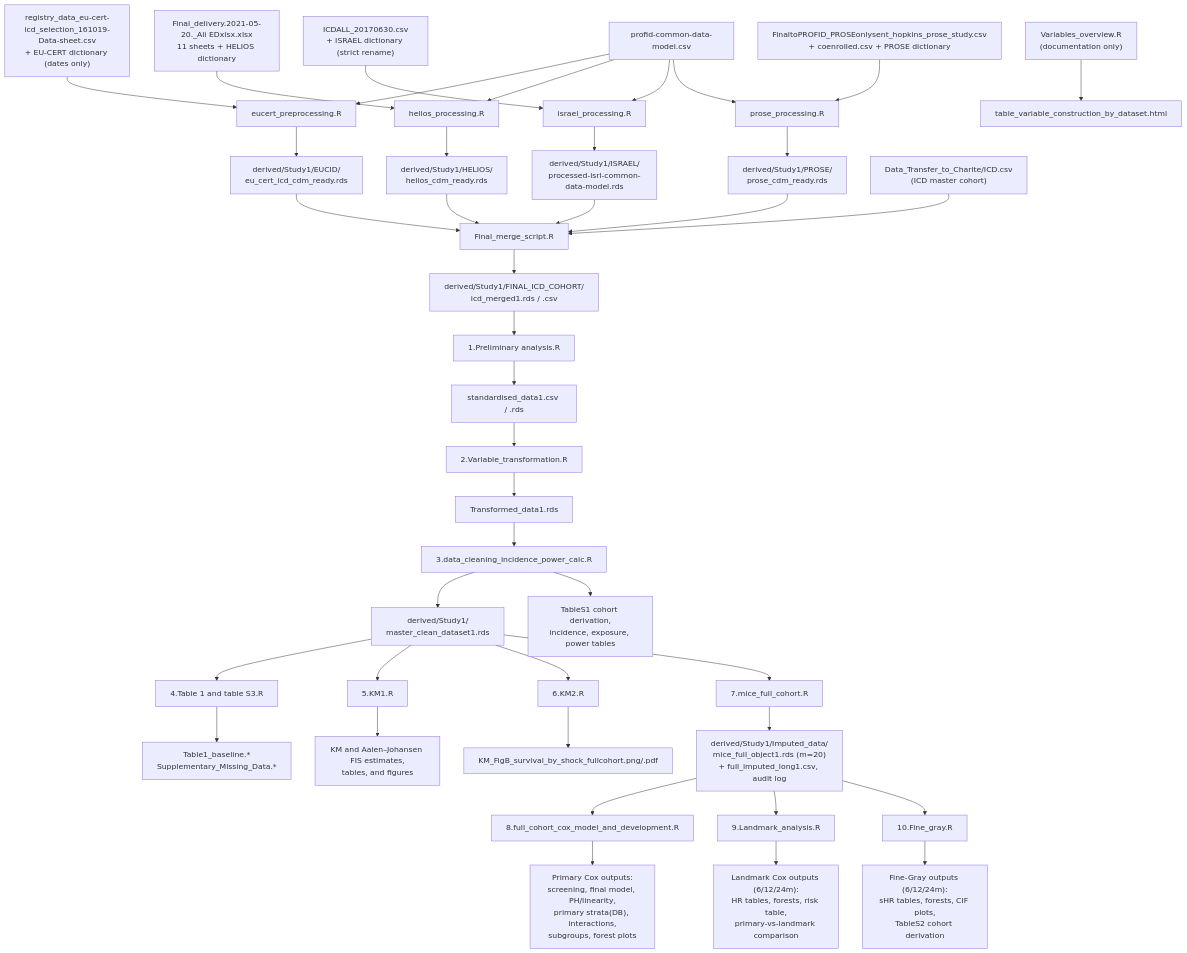
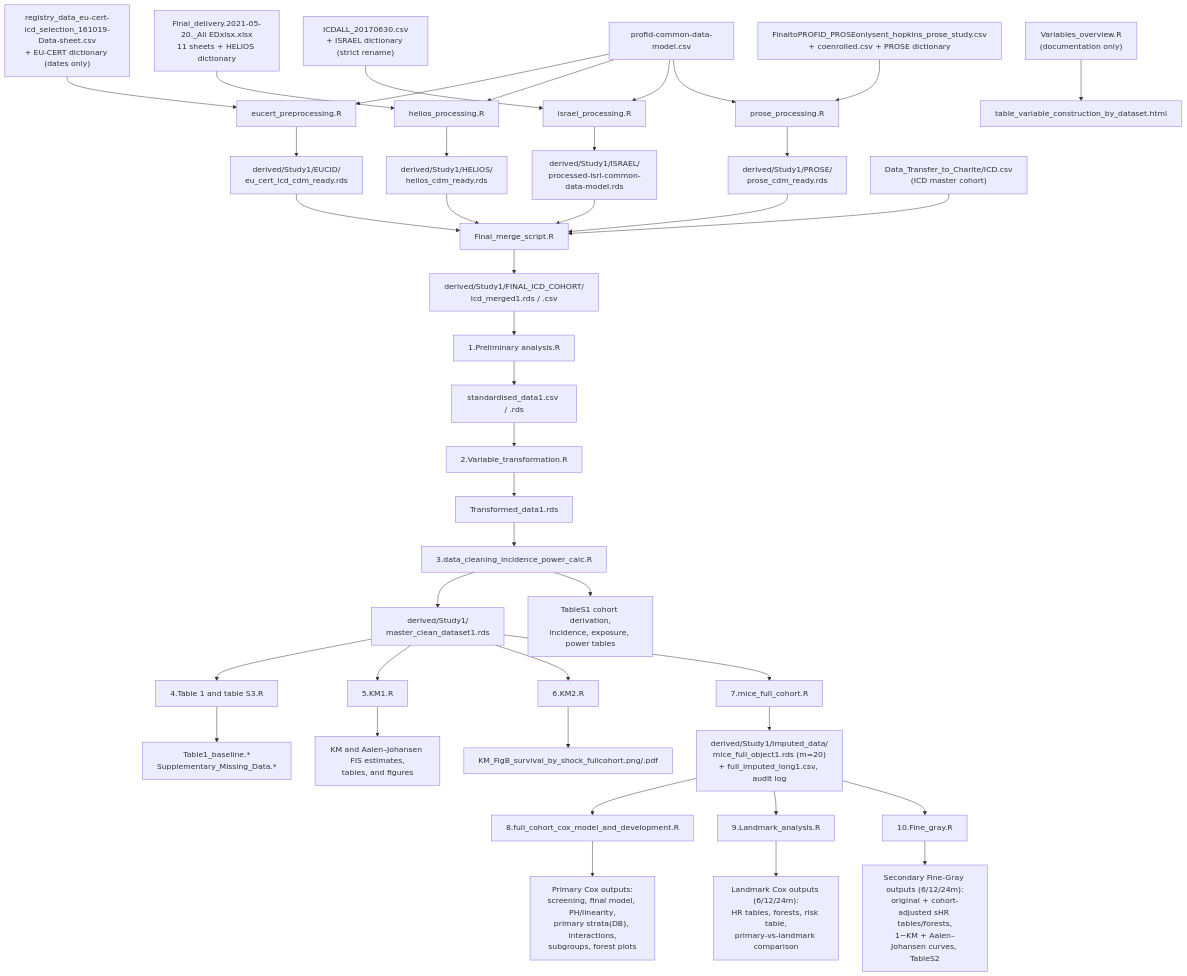
The diagram in Study1/Dataflow.md (ThomasKaas/PROFID_Substudies), drawn with Mermaid before and after one commit. The commit also changed other lines of this file and 4 other files, not shown here.

````diff
--- a/Study1/Dataflow.md
+++ b/Study1/Dataflow.md
@@ -23,52 +23,52 @@
 ```mermaid
 flowchart TD
     A1["registry_data_eu-cert-icd_selection_161019-Data-sheet.csv<br/>+ EU-CERT dictionary (dates only)"] --> S01["eucert_preprocessing.R"]
     A2["Final_delivery.2021-05-20._Ali EDxlsx.xlsx<br/>11 sheets + HELIOS dictionary"] --> S02["helios_processing.R"]
     A3["ICDALL_20170630.csv<br/>+ ISRAEL dictionary (strict rename)"] --> S03["israel_processing.R"]
     A4["FinaltoPROFID_PROSEonlysent_hopkins_prose_study.csv<br/>+ coenrolled.csv + PROSE dictionary"] --> S04["prose_processing.R"]
     CDM["profid-common-data-model.csv"] --> S01
     CDM --> S02
     CDM --> S03
     CDM --> S04
 
     S01 --> O1["derived/Study1/EUCID/<br/>eu_cert_icd_cdm_ready.rds"]
     S02 --> O2["derived/Study1/HELIOS/<br/>helios_cdm_ready.rds"]
     S03 --> O3["derived/Study1/ISRAEL/<br/>processed-isrl-common-data-model.rds"]
     S04 --> O4["derived/Study1/PROSE/<br/>prose_cdm_ready.rds"]
 
     O1 --> S06["Final_merge_script.R"]
     O2 --> S06
     O3 --> S06
     O4 --> S06
     B1["Data_Transfer_to_Charite/ICD.csv<br/>(ICD master cohort)"] --> S06
 
     S06 --> O6["derived/Study1/FINAL_ICD_COHORT/<br/>icd_merged1.rds / .csv"]
 
     O6 --> S1["1.Preliminary analysis.R"]
     S1 --> O7["standardised_data1.csv / .rds"]
     O7 --> S2["2.Variable_transformation.R"]
     S2 --> O8["Transformed_data1.rds"]
     O8 --> S3["3.data_cleaning_incidence_power_calc.R"]
     S3 --> O9["derived/Study1/<br/>master_clean_dataset1.rds"]
     S3 --> O10["TableS1 cohort derivation,<br/>incidence, exposure, power tables"]
 
     O9 --> S4["4.Table 1 and table S3.R"]
     O9 --> S5["5.KM1.R"]
     O9 --> S6["6.KM2.R"]
     O9 --> S7["7.mice_full_cohort.R"]
 
     S4 --> O11["Table1_baseline.*<br/>Supplementary_Missing_Data.*"]
     S5 --> O12["KM and Aalen–Johansen FIS estimates,<br/>tables, and figures"]
     S6 --> O13["KM_FigB_survival_by_shock_fullcohort.png/.pdf"]
     S7 --> O14["derived/Study1/Imputed_data/<br/>mice_full_object1.rds (m=20)<br/>+ full_imputed_long1.csv, audit log"]
 
     O14 --> S8["8.full_cohort_cox_model_and_development.R"]
     O14 --> S9["9.Landmark_analysis.R"]
     O14 --> S10["10.Fine_gray.R"]
 
     S8 --> O15["Primary Cox outputs:<br/>screening, final model, PH/linearity,<br/>primary strata(DB), interactions,<br/>subgroups, forest plots"]
     S9 --> O16["Landmark Cox outputs (6/12/24m):<br/>HR tables, forests, risk table,<br/>primary-vs-landmark comparison"]
-    S10 --> O17["Fine-Gray outputs (6/12/24m):<br/>sHR tables, forests, CIF plots,<br/>TableS2 cohort derivation"]
+    S10 --> O17["Secondary Fine-Gray outputs (6/12/24m):<br/>original + cohort-adjusted sHR tables/forests,<br/>1−KM + Aalen–Johansen curves, TableS2"]
 
     S05["Variables_overview.R<br/>(documentation only)"] --> O18["table_variable_construction_by_dataset.html"]
 ```
````
